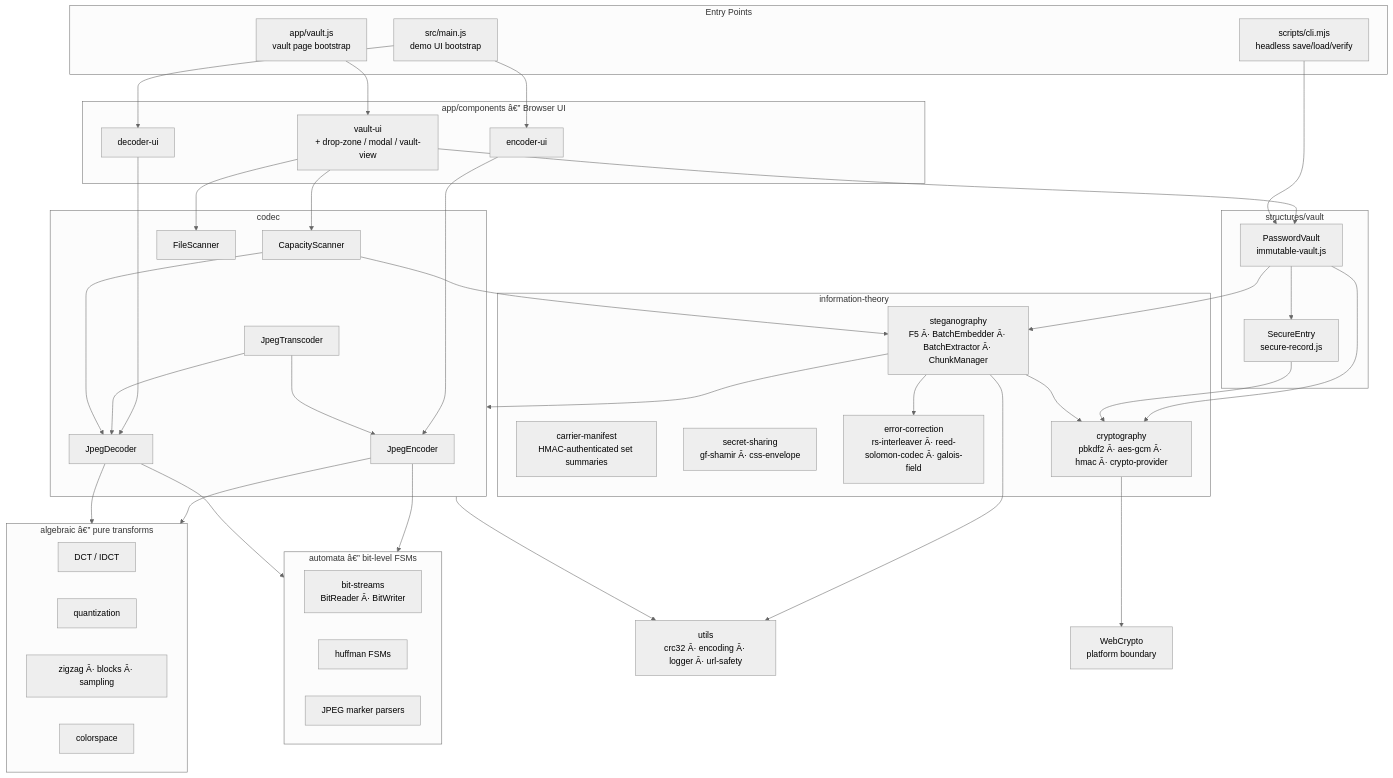
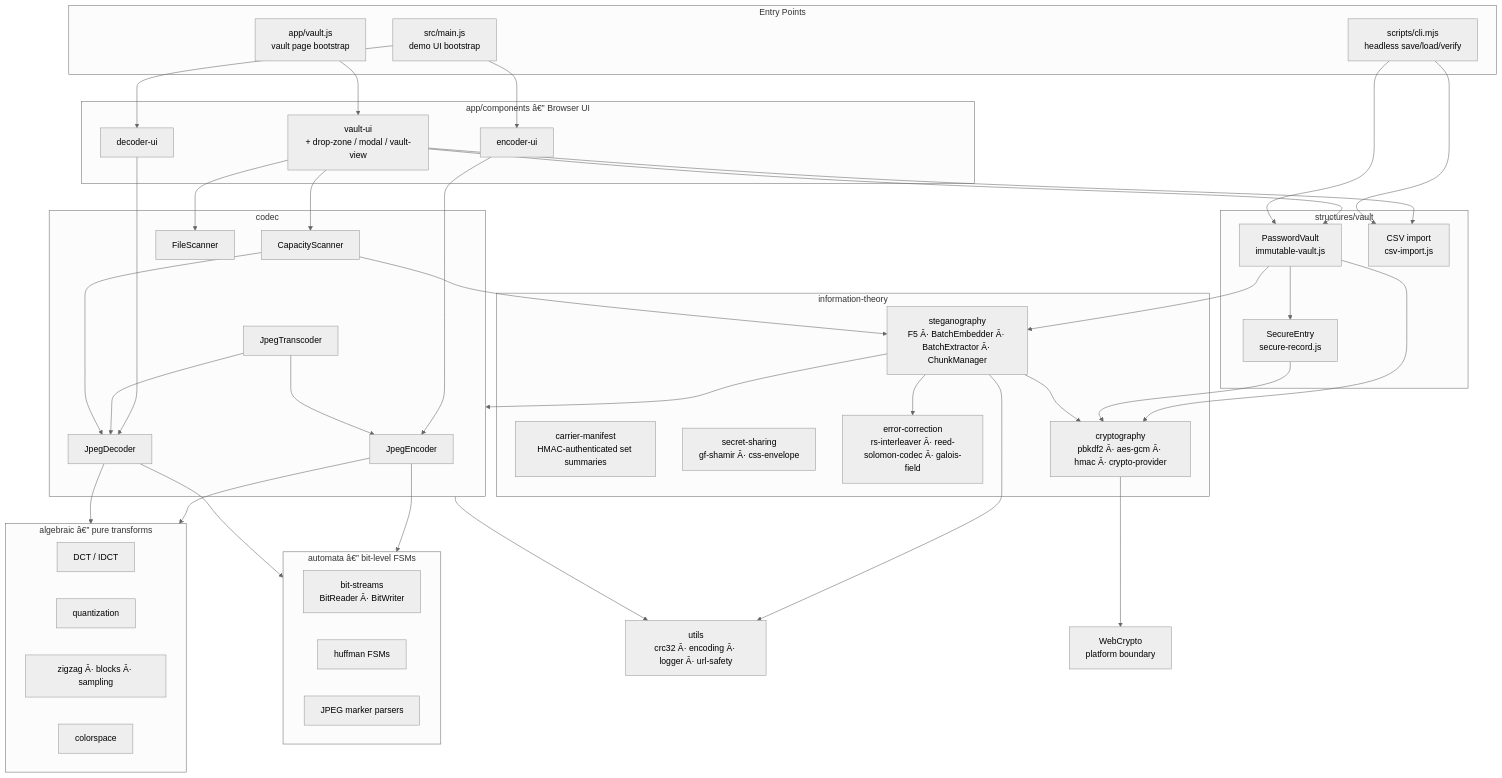
Before and after one commit to jessebeard/Ollie: the first of 6 diagrams in src/specs/WIREFRAME.md, drawn with Mermaid (neutral theme). The commit also changed other lines of this file and 12 other files, not shown here.

First line of the commit message:
feat(vault): CSV password import for seven vendors, UI + CLI parity

```diff
--- a/src/specs/WIREFRAME.md
+++ b/src/specs/WIREFRAME.md
@@ -86,6 +86,7 @@
     subgraph STRUCT["structures/vault"]
         PV["PasswordVault<br/>immutable-vault.js"]
         SE["SecureEntry<br/>secure-record.js"]
+        CI["CSV import<br/>csv-import.js"]
     end
 
     subgraph IT["information-theory"]
@@ -129,7 +130,9 @@
     VUI --> PV
     VUI --> CAP
     VUI --> FSC
+    VUI --> CI
     CLI --> PV
+    CLI --> CI
 
     PV --> SE
     PV --> STEGO
```
